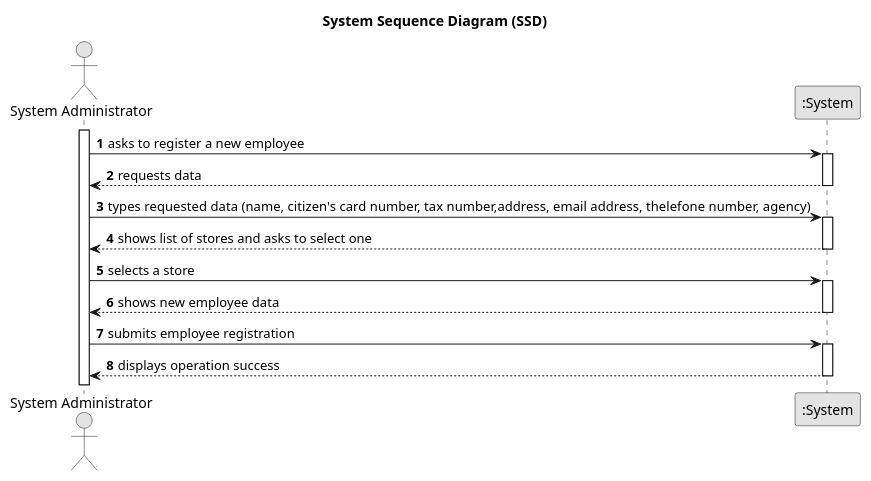
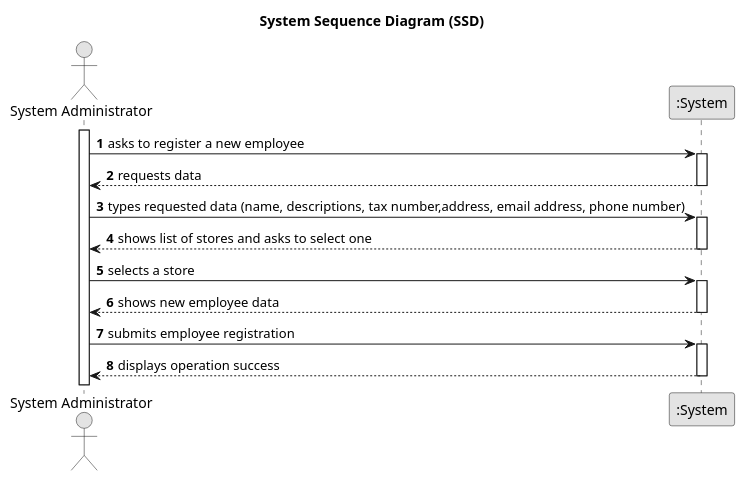
Before and after one commit to hugosilva2901/lei-22-s2-1DO-g68: the diagram in lei-22-s2-1do-g68/docs/sprintA/us003/01.requirements-engineering/puml/us003-SequenceDiagram.puml, drawn with PlantUML.

```diff
--- a/lei-22-s2-1do-g68/docs/sprintA/us003/01.requirements-engineering/puml/us003-SequenceDiagram.puml
+++ b/lei-22-s2-1do-g68/docs/sprintA/us003/01.requirements-engineering/puml/us003-SequenceDiagram.puml
@@ -1,39 +1,39 @@
 @startuml
 skinparam monochrome true
 skinparam packageStyle rectangle
 skinparam shadowing false
 
 title System Sequence Diagram (SSD)
 
 autonumber
 actor "System Administrator" as Employee
 participant ":System" as System
 
 activate Employee
 
     Employee -> System : asks to register a new employee
     activate System
 
         System --> Employee : requests data
     deactivate System
 
-    Employee -> System : types requested data (name, citizen's card number, tax number,address, email address, thelefone number, agency)
+    Employee -> System : types requested data (name, descriptions, tax number,address, email address, phone number)
     activate System
 
         System --> Employee : shows list of stores and asks to select one
     deactivate System
 
     Employee -> System : selects a store
     activate System
 
         System --> Employee : shows new employee data
     deactivate System
 
     Employee -> System : submits employee registration
     activate System
 
         System --> Employee : displays operation success
     deactivate System
 
 
 @enduml
```
